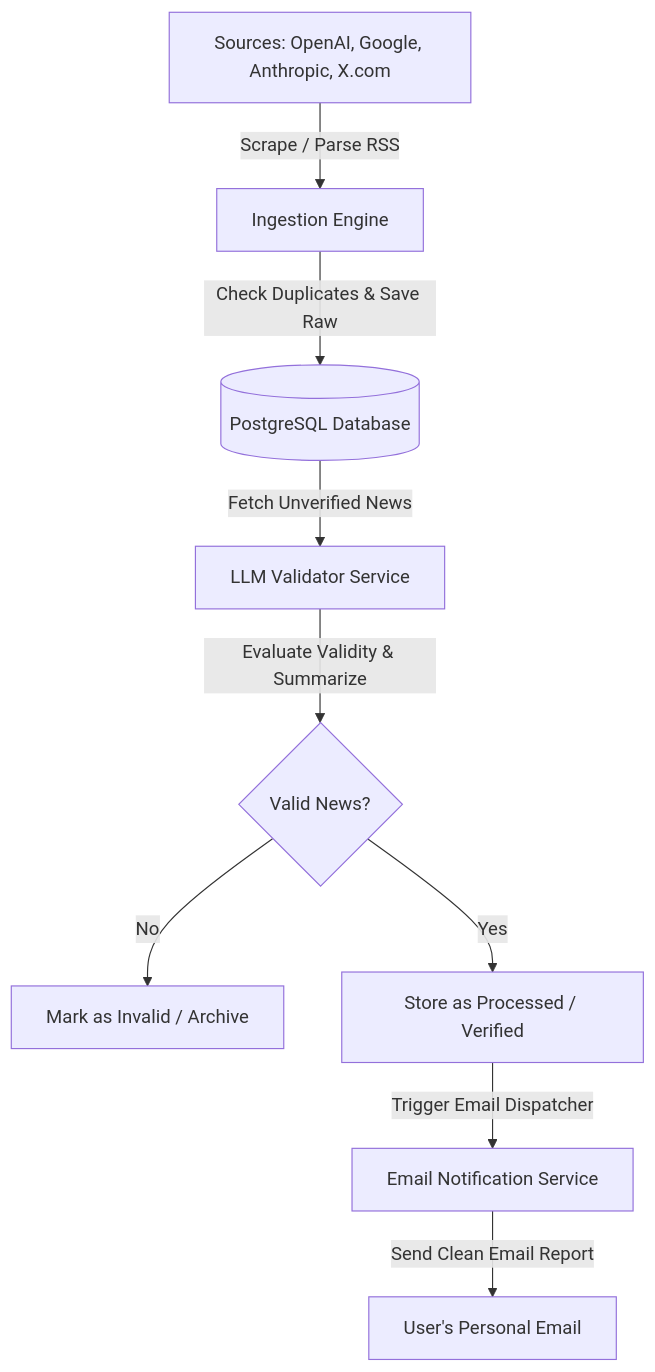
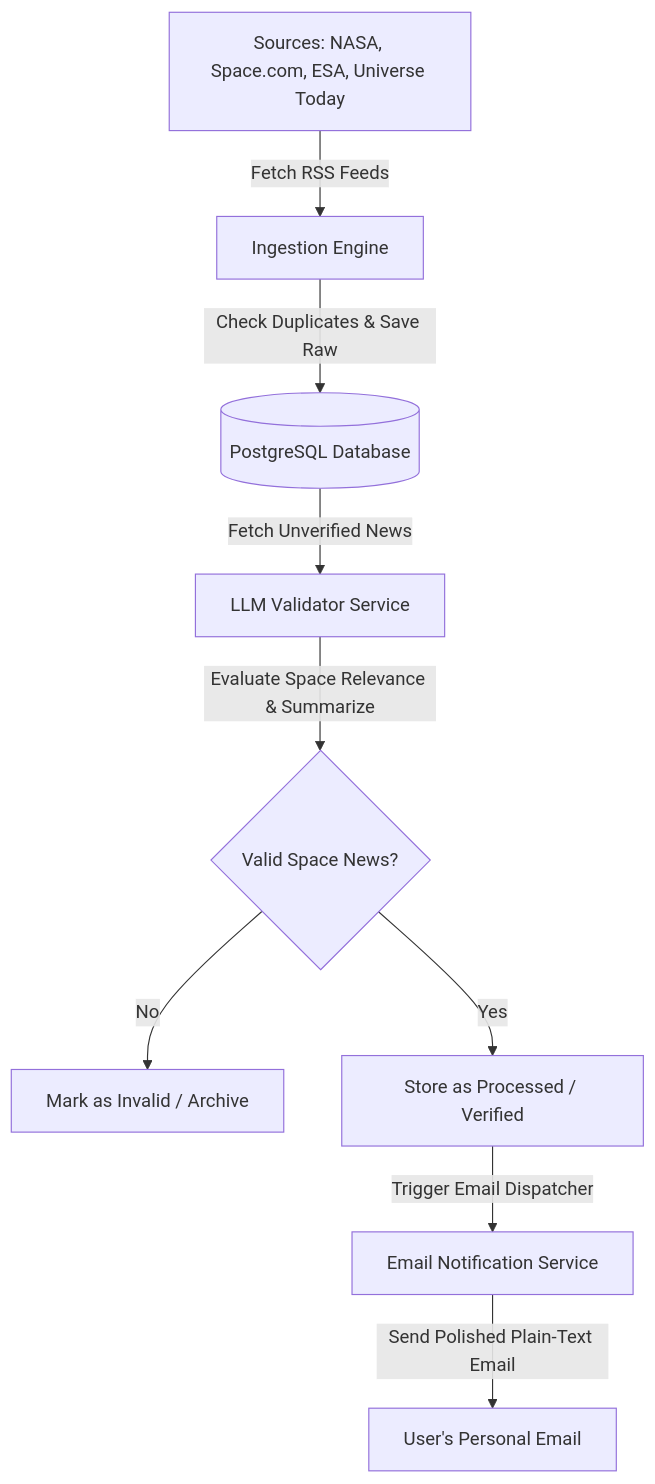
The diagram in README.md (vishussingh24/newsAi), drawn with Mermaid before and after one commit. The commit also changed other lines of this file, not shown here.

Commit message:
Update README.md to document the Cosmic & Space News Aggregator and plain-text email formatting

````diff
--- a/README.md
+++ b/README.md
@@ -16,11 +16,11 @@
 ```mermaid
 graph TD
-    A[Sources: OpenAI, Google, Anthropic, X.com] -->|Scrape / Parse RSS| B[Ingestion Engine]
+    A[Sources: NASA, Space.com, ESA, Universe Today] -->|Fetch RSS Feeds| B[Ingestion Engine]
     B -->|Check Duplicates & Save Raw| C[(PostgreSQL Database)]
     C -->|Fetch Unverified News| D[LLM Validator Service]
-    D -->|Evaluate Validity & Summarize| E{Valid News?}
+    D -->|Evaluate Space Relevance & Summarize| E{Valid Space News?}
     E -->|No| F[Mark as Invalid / Archive]
     E -->|Yes| G[Store as Processed / Verified]
     G -->|Trigger Email Dispatcher| H[Email Notification Service]
-    H -->|Send Clean Email Report| I[User's Personal Email]
+    H -->|Send Polished Plain-Text Email| I[User's Personal Email]
 ```
````
